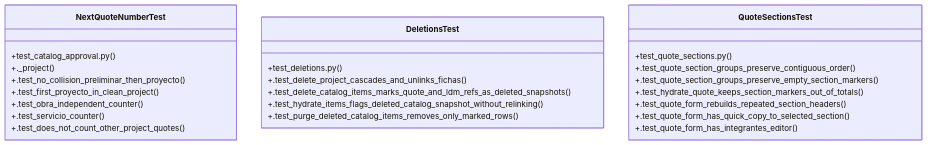
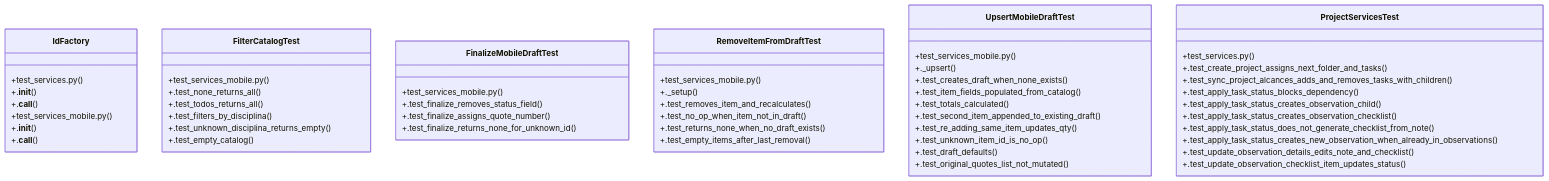
The diagram in graphify-out/wiki/Community_3.md (Daftrick/ProjectTracker), drawn with Mermaid before and after one commit. The commit also changed other lines of this file and 373 other files, not shown here.

````diff
--- a/graphify-out/wiki/Community_3.md
+++ b/graphify-out/wiki/Community_3.md
@@ -36,28 +36,59 @@
 ```mermaid
 classDiagram
-    class NextQuoteNumberTest {
-        +test_catalog_approval.py()
-        +._project()
-        +.test_no_collision_preliminar_then_proyecto()
-        +.test_first_proyecto_in_clean_project()
-        +.test_obra_independent_counter()
-        +.test_servicio_counter()
-        +.test_does_not_count_other_project_quotes()
+    class IdFactory {
+        +test_services.py()
+        +.__init__()
+        +.__call__()
     }
-    class DeletionsTest {
-        +test_deletions.py()
-        +.test_delete_project_cascades_and_unlinks_fichas()
-        +.test_delete_catalog_items_marks_quote_and_ldm_refs_as_deleted_snapshots()
-        +.test_hydrate_items_flags_deleted_catalog_snapshot_without_relinking()
-        +.test_purge_deleted_catalog_items_removes_only_marked_rows()
+    class FilterCatalogTest {
+        +test_services_mobile.py()
+        +.test_none_returns_all()
+        +.test_todos_returns_all()
+        +.test_filters_by_disciplina()
+        +.test_unknown_disciplina_returns_empty()
+        +.test_empty_catalog()
     }
-    class QuoteSectionsTest {
-        +test_quote_sections.py()
-        +.test_quote_section_groups_preserve_contiguous_order()
-        +.test_quote_section_groups_preserve_empty_section_markers()
-        +.test_hydrate_quote_keeps_section_markers_out_of_totals()
-        +.test_quote_form_rebuilds_repeated_section_headers()
-        +.test_quote_form_has_quick_copy_to_selected_section()
-        +.test_quote_form_has_integrantes_editor()
+    class FinalizeMobileDraftTest {
+        +test_services_mobile.py()
+        +.test_finalize_removes_status_field()
+        +.test_finalize_assigns_quote_number()
+        +.test_finalize_returns_none_for_unknown_id()
+    }
+    class IdFactory {
+        +test_services_mobile.py()
+        +.__init__()
+        +.__call__()
+    }
+    class RemoveItemFromDraftTest {
+        +test_services_mobile.py()
+        +._setup()
+        +.test_removes_item_and_recalculates()
+        +.test_no_op_when_item_not_in_draft()
+        +.test_returns_none_when_no_draft_exists()
+        +.test_empty_items_after_last_removal()
+    }
+    class UpsertMobileDraftTest {
+        +test_services_mobile.py()
+        +._upsert()
+        +.test_creates_draft_when_none_exists()
+        +.test_item_fields_populated_from_catalog()
+        +.test_totals_calculated()
+        +.test_second_item_appended_to_existing_draft()
+        +.test_re_adding_same_item_updates_qty()
+        +.test_unknown_item_id_is_no_op()
+        +.test_draft_defaults()
+        +.test_original_quotes_list_not_mutated()
+    }
+    class ProjectServicesTest {
+        +test_services.py()
+        +.test_create_project_assigns_next_folder_and_tasks()
+        +.test_sync_project_alcances_adds_and_removes_tasks_with_children()
+        +.test_apply_task_status_blocks_dependency()
+        +.test_apply_task_status_creates_observation_child()
+        +.test_apply_task_status_creates_observation_checklist()
+        +.test_apply_task_status_does_not_generate_checklist_from_note()
+        +.test_apply_task_status_creates_new_observation_when_already_in_observations()
+        +.test_update_observation_details_edits_note_and_checklist()
+        +.test_update_observation_checklist_item_updates_status()
     }
 ```
````
